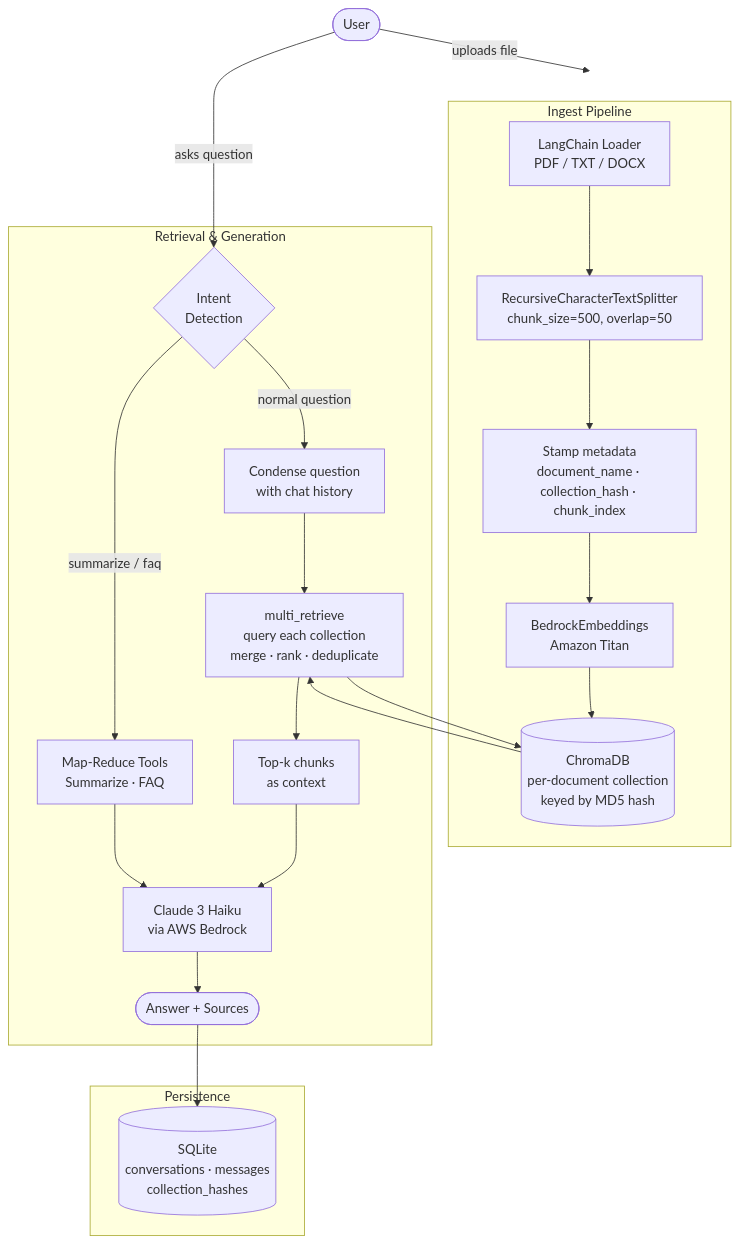
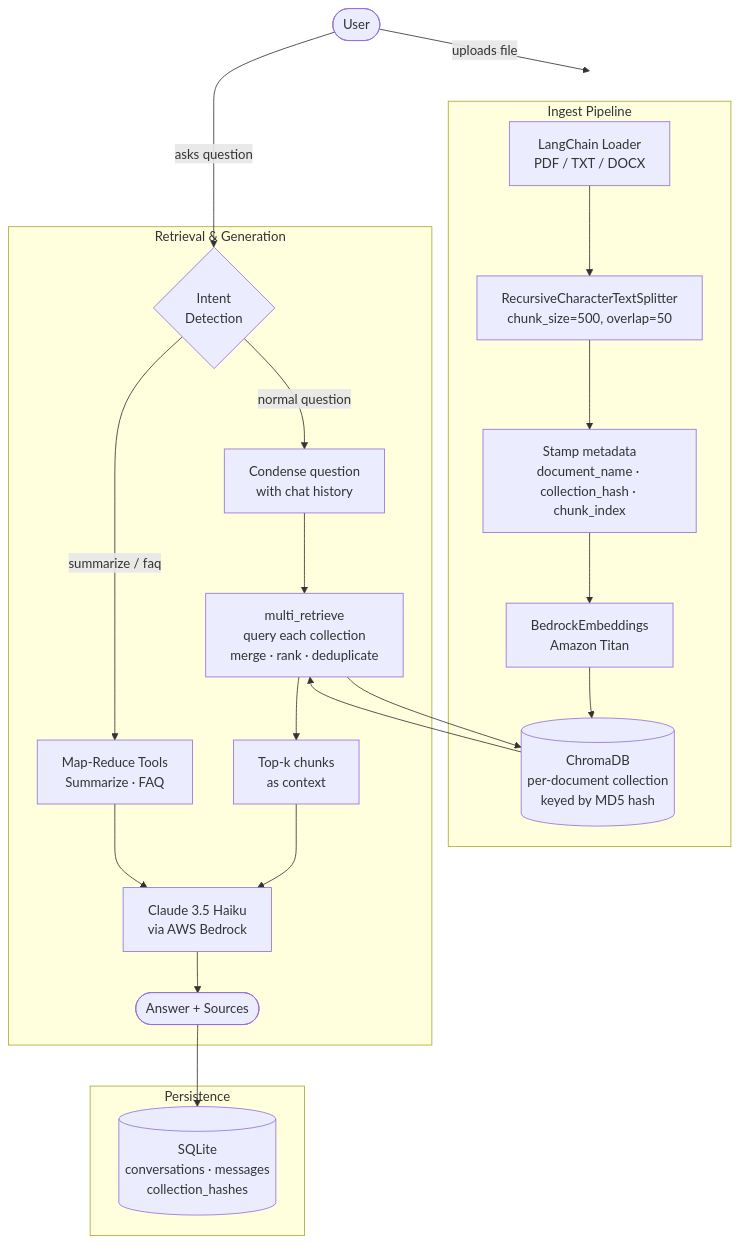
The diagram in README.md (simonfallman/ai-document-chatbot), drawn with Mermaid before and after one commit. The commit also changed other lines of this file and 1 other file, not shown here.

Commit message:
feat: upgrade LLM from Claude 3 Haiku to Claude 3.5 Haiku

````diff
--- a/README.md
+++ b/README.md
@@ -9,28 +9,28 @@
 ```mermaid
 flowchart TD
     User([User]) -->|uploads file| Ingest
     User -->|asks question| Intent
 
     subgraph Ingest["Ingest Pipeline"]
         A["LangChain Loader<br/>PDF / TXT / DOCX"] --> B["RecursiveCharacterTextSplitter<br/>chunk_size=500, overlap=50"]
         B --> C["Stamp metadata<br/>document_name · collection_hash · chunk_index"]
         C --> D["BedrockEmbeddings<br/>Amazon Titan"]
         D --> E[("ChromaDB<br/>per-document collection<br/>keyed by MD5 hash")]
     end
 
     subgraph Retrieve["Retrieval & Generation"]
         Intent{"Intent<br/>Detection"} -->|summarize / faq| Tools["Map-Reduce Tools<br/>Summarize · FAQ"]
         Intent -->|normal question| Condense["Condense question<br/>with chat history"]
         Condense --> Multi["multi_retrieve<br/>query each collection<br/>merge · rank · deduplicate"]
         Multi --> E
         E --> Multi
         Multi --> Context["Top-k chunks<br/>as context"]
-        Context --> LLM["Claude 3 Haiku<br/>via AWS Bedrock"]
+        Context --> LLM["Claude 3.5 Haiku<br/>via AWS Bedrock"]
         Tools --> LLM
         LLM --> Answer([Answer + Sources])
     end
 
     subgraph Persist["Persistence"]
         Answer --> SQLite[("SQLite<br/>conversations · messages<br/>collection_hashes")]
     end
 ```
````
